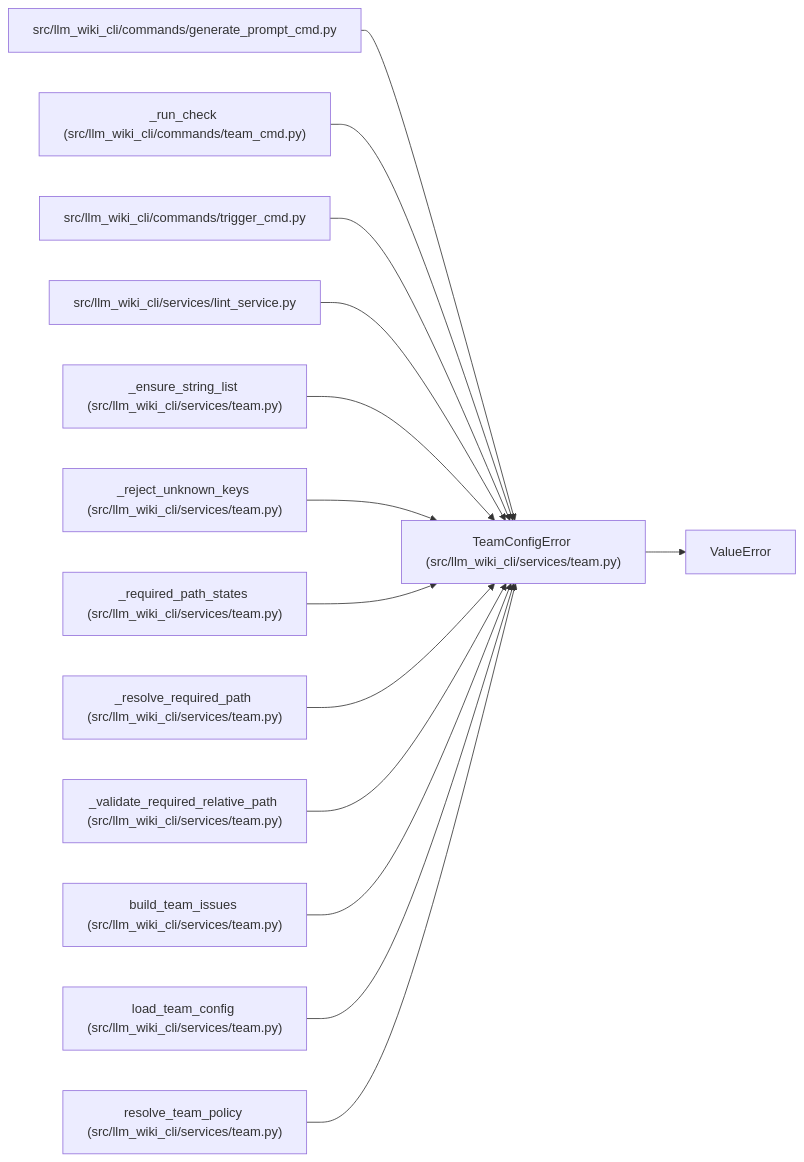
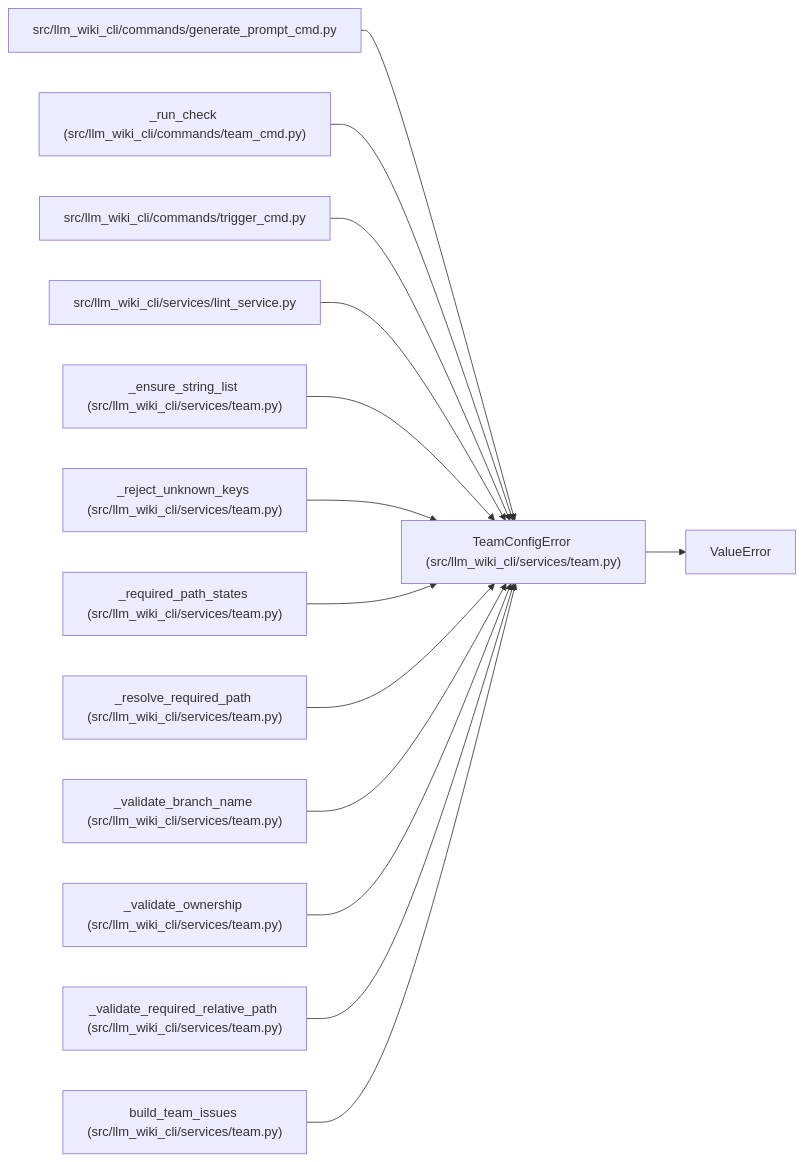
The diagram in docs/llm_wiki/entities/TeamConfigError.md (Denissvgn/python-wiki-llm), drawn with Mermaid before and after one commit. The commit also changed other lines of this file and 725 other files, not shown here.

Commit message:
docs: refresh the repository wiki for the team and small-refresh work

````diff
--- a/docs/llm_wiki/entities/TeamConfigError.md
+++ b/docs/llm_wiki/entities/TeamConfigError.md
@@ -23,43 +23,43 @@
 ```mermaid
 flowchart LR
     n0["TeamConfigError (src/llm_wiki_cli/services/team.py)"]
     n1["ValueError"]
     n2["src/llm_wiki_cli/commands/generate_prompt_cmd.py"]
     n3["_run_check (src/llm_wiki_cli/commands/team_cmd.py)"]
     n4["src/llm_wiki_cli/commands/trigger_cmd.py"]
     n5["src/llm_wiki_cli/services/lint_service.py"]
     n6["_ensure_string_list (src/llm_wiki_cli/services/team.py)"]
     n7["_reject_unknown_keys (src/llm_wiki_cli/services/team.py)"]
     n8["_required_path_states (src/llm_wiki_cli/services/team.py)"]
     n9["_resolve_required_path (src/llm_wiki_cli/services/team.py)"]
-    n10["_validate_required_relative_path (src/llm_wiki_cli/services/team.py)"]
-    n11["build_team_issues (src/llm_wiki_cli/services/team.py)"]
-    n12["load_team_config (src/llm_wiki_cli/services/team.py)"]
-    n13["resolve_team_policy (src/llm_wiki_cli/services/team.py)"]
+    n10["_validate_branch_name (src/llm_wiki_cli/services/team.py)"]
+    n11["_validate_ownership (src/llm_wiki_cli/services/team.py)"]
+    n12["_validate_required_relative_path (src/llm_wiki_cli/services/team.py)"]
+    n13["build_team_issues (src/llm_wiki_cli/services/team.py)"]
     n0 --> n1
     n2 --> n0
     n3 --> n0
     n4 --> n0
     n5 --> n0
     n6 --> n0
     n7 --> n0
     n8 --> n0
     n9 --> n0
     n10 --> n0
     n11 --> n0
     n12 --> n0
     n13 --> n0
     click n0 "../modules/team.md"
     click n2 "../modules/generate_prompt_cmd.md"
     click n3 "../modules/team_cmd.md"
     click n4 "../modules/trigger_cmd.md"
     click n5 "../modules/lint_service.md"
     click n6 "../modules/team.md"
     click n7 "../modules/team.md"
     click n8 "../modules/team.md"
     click n9 "../modules/team.md"
     click n10 "../modules/team.md"
     click n11 "../modules/team.md"
     click n12 "../modules/team.md"
     click n13 "../modules/team.md"
 ```
````
